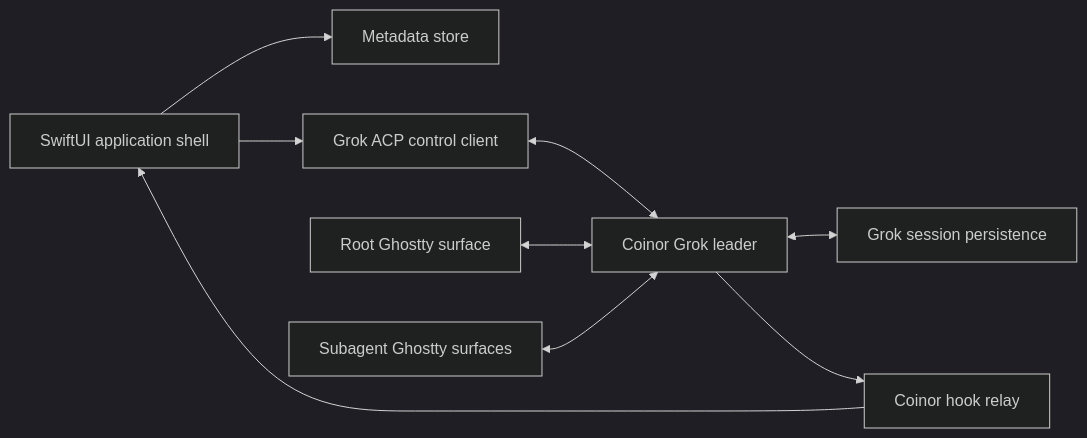
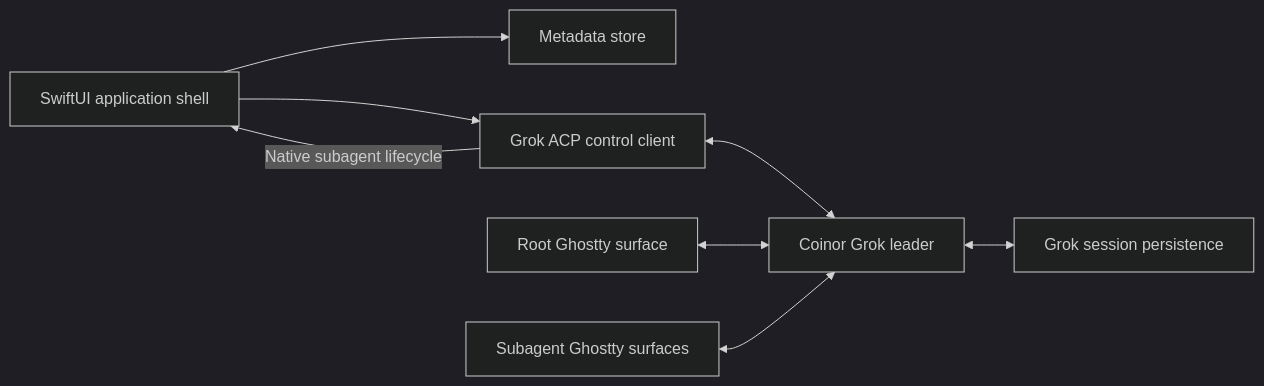
The diagram in docs/architecture.md (jattento/coinor), drawn with Mermaid (dark theme) before and after one commit. The commit also changed other lines of this file and 47 other files, not shown here.

````diff
--- a/docs/architecture.md
+++ b/docs/architecture.md
@@ -35,20 +35,18 @@
 ```mermaid
 flowchart LR
     UI["SwiftUI application shell"]
     META["Metadata store"]
     CONTROL["Grok ACP control client"]
     LEADER["Coinor Grok leader"]
     ROOT["Root Ghostty surface"]
     CHILD["Subagent Ghostty surfaces"]
-    HOOK["Coinor hook relay"]
     GROK["Grok session persistence"]
 
     UI --> META
     UI --> CONTROL
     CONTROL <--> LEADER
     ROOT <--> LEADER
     CHILD <--> LEADER
     LEADER <--> GROK
-    LEADER --> HOOK
-    HOOK --> UI
+    CONTROL -->|"Native subagent lifecycle"| UI
 ```
````
